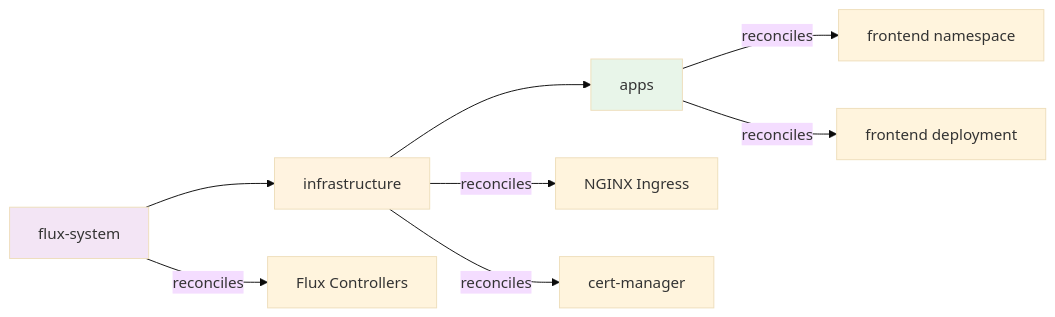
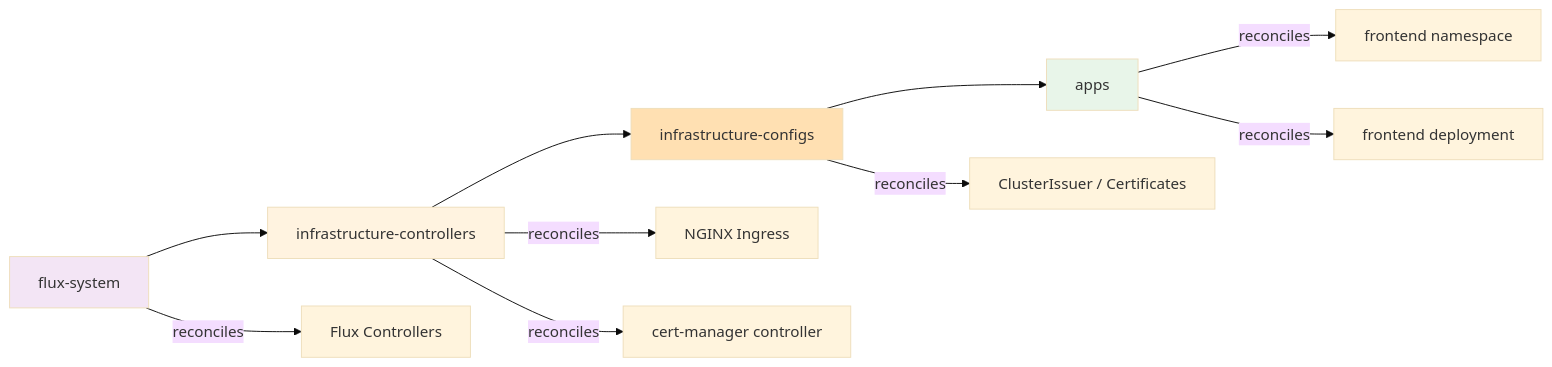
Before and after one commit to leeminluc/sre-platform-lab: the third of 6 diagrams in docs/architecture.md, drawn with Mermaid (base theme). The commit also changed other lines of this file and 1 other file, not shown here.

Commit message:
docs: update README and architecture docs for controllers/configs restructure

````diff
--- a/docs/architecture.md
+++ b/docs/architecture.md
@@ -86,15 +86,18 @@
 ```mermaid
 graph LR
-    FluxSystem[flux-system] --> Infra[infrastructure]
-    Infra --> Apps[apps]
+    FluxSystem[flux-system] --> InfraCtrls[infrastructure-controllers]
+    InfraCtrls --> InfraConfigs[infrastructure-configs]
+    InfraConfigs --> Apps[apps]
     
     FluxSystem -->|reconciles| FluxNS[Flux Controllers]
-    Infra -->|reconciles| IngressCtrl[NGINX Ingress]
-    Infra -->|reconciles| CertMgr[cert-manager]
+    InfraCtrls -->|reconciles| IngressCtrl[NGINX Ingress]
+    InfraCtrls -->|reconciles| CertMgrCtrl[cert-manager controller]
+    InfraConfigs -->|reconciles| CertMgrConfig[ClusterIssuer / Certificates]
     Apps -->|reconciles| FrontendNS[frontend namespace]
     Apps -->|reconciles| FrontendDeploy[frontend deployment]
     
     style FluxSystem fill:#f3e5f5
-    style Infra fill:#fff3e0
+    style InfraCtrls fill:#fff3e0
+    style InfraConfigs fill:#ffe0b2
     style Apps fill:#e8f5e9
 ```
````
